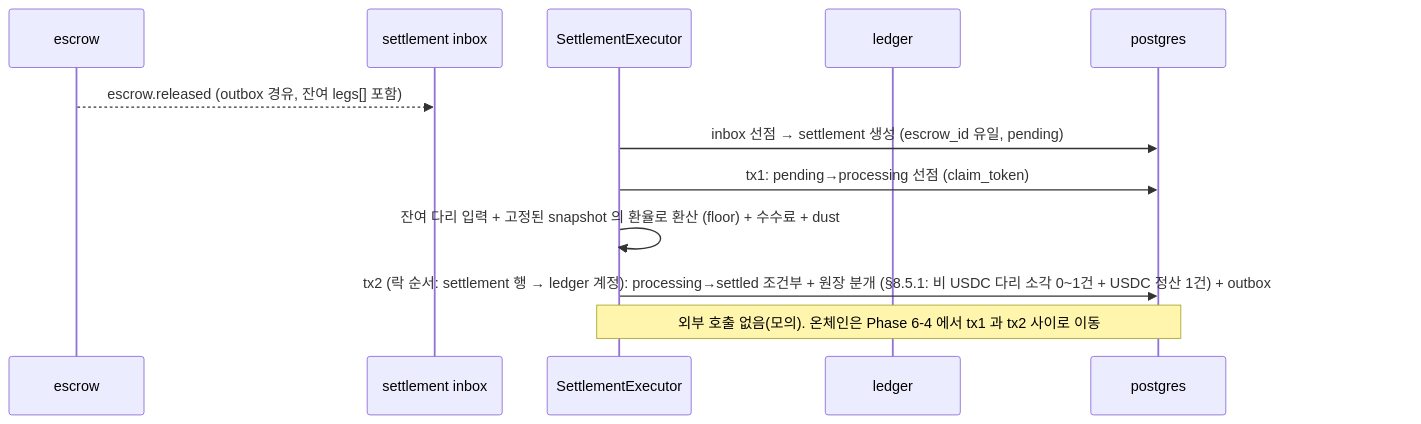
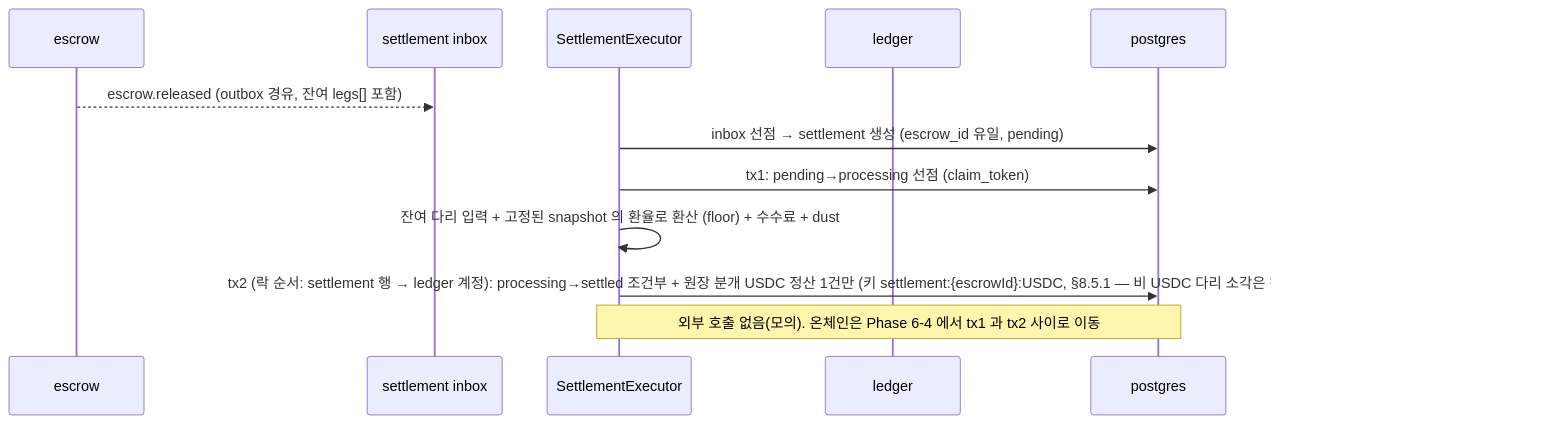
One commit to 1985jwlee/portpolio_backend changed diagram 23 of 28 in docs/design/phases/02-commerce.md. Above: the diagram before and after it, drawn with Mermaid. The commit also changed other lines of this file and 33 other files, not shown here.

````diff
--- a/docs/design/phases/02-commerce.md
+++ b/docs/design/phases/02-commerce.md
@@ -1152,14 +1184,14 @@
 ```mermaid
 sequenceDiagram
     participant E as escrow
     participant I as settlement inbox
     participant S as SettlementExecutor
     participant L as ledger
     participant D as postgres
     E-->>I: escrow.released (outbox 경유, 잔여 legs[] 포함)
     S->>D: inbox 선점 → settlement 생성 (escrow_id 유일, pending)
     S->>D: tx1: pending→processing 선점 (claim_token)
     S->>S: 잔여 다리 입력 + 고정된 snapshot 의 환율로 환산 (floor) + 수수료 + dust
-    S->>D: tx2 (락 순서: settlement 행 → ledger 계정): processing→settled 조건부 + 원장 분개 (§8.5.1: 비 USDC 다리 소각 0~1건 + USDC 정산 1건) + outbox settlement.completed
+    S->>D: tx2 (락 순서: settlement 행 → ledger 계정): processing→settled 조건부 + 원장 분개 USDC 정산 1건만 (키 settlement:{escrowId}:USDC, §8.5.1 — 비 USDC 다리 소각은 해제 tx 소유) + outbox settlement.completed
     Note over S,D: 외부 호출 없음(모의). 온체인은 Phase 6-4 에서 tx1 과 tx2 사이로 이동
 ```
````
